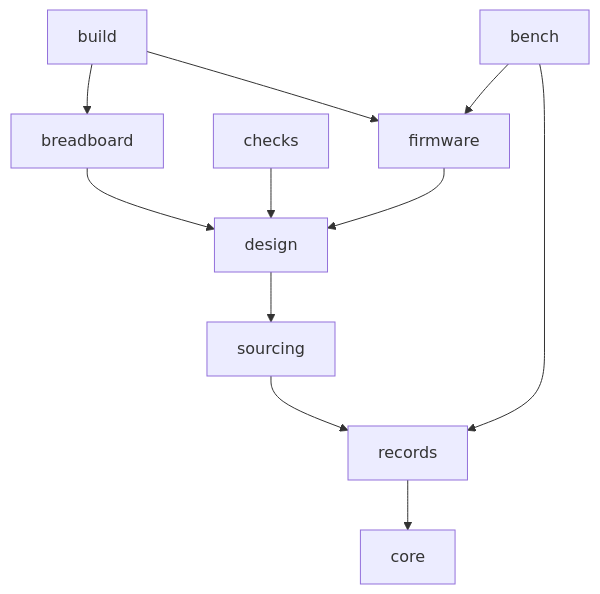
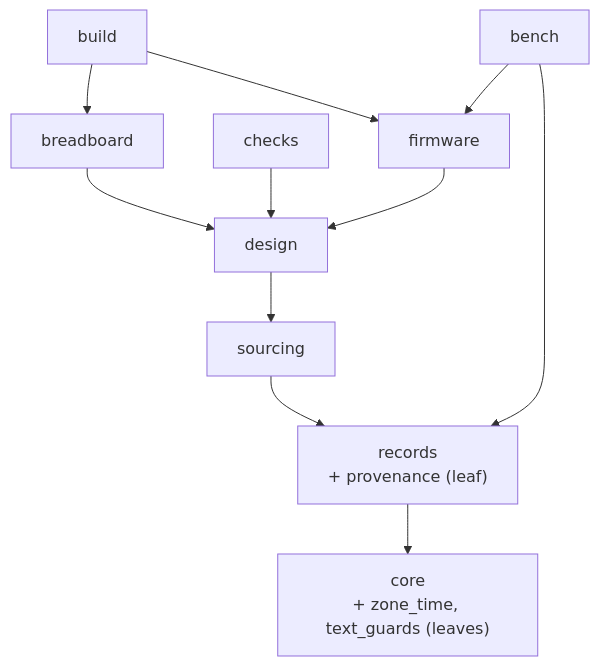
Before and after one commit to xmejkal/spark: the second of 3 diagrams in docs/discovery/2026-10-19-p323-target-architecture/architecture/README.md, drawn with Mermaid. The commit also changed other lines of this file and 19 other files, not shown here.

````diff
--- a/docs/discovery/2026-10-19-p323-target-architecture/architecture/README.md
+++ b/docs/discovery/2026-10-19-p323-target-architecture/architecture/README.md
@@ -67,13 +65,13 @@
 ```mermaid
 flowchart TB
   BUILD["build"] --> BB["breadboard"]
   BUILD --> FW["firmware"]
   BENCH["bench"] --> FW
   BB --> DES["design"]
   CHK["checks"] --> DES
   FW --> DES
   DES --> SRC["sourcing"]
-  SRC --> REC["records"]
+  SRC --> REC["records<br/>+ provenance (leaf)"]
   BENCH --> REC
-  REC --> CORE["core"]
+  REC --> CORE["core<br/>+ zone_time, text_guards (leaves)"]
 ```
````
